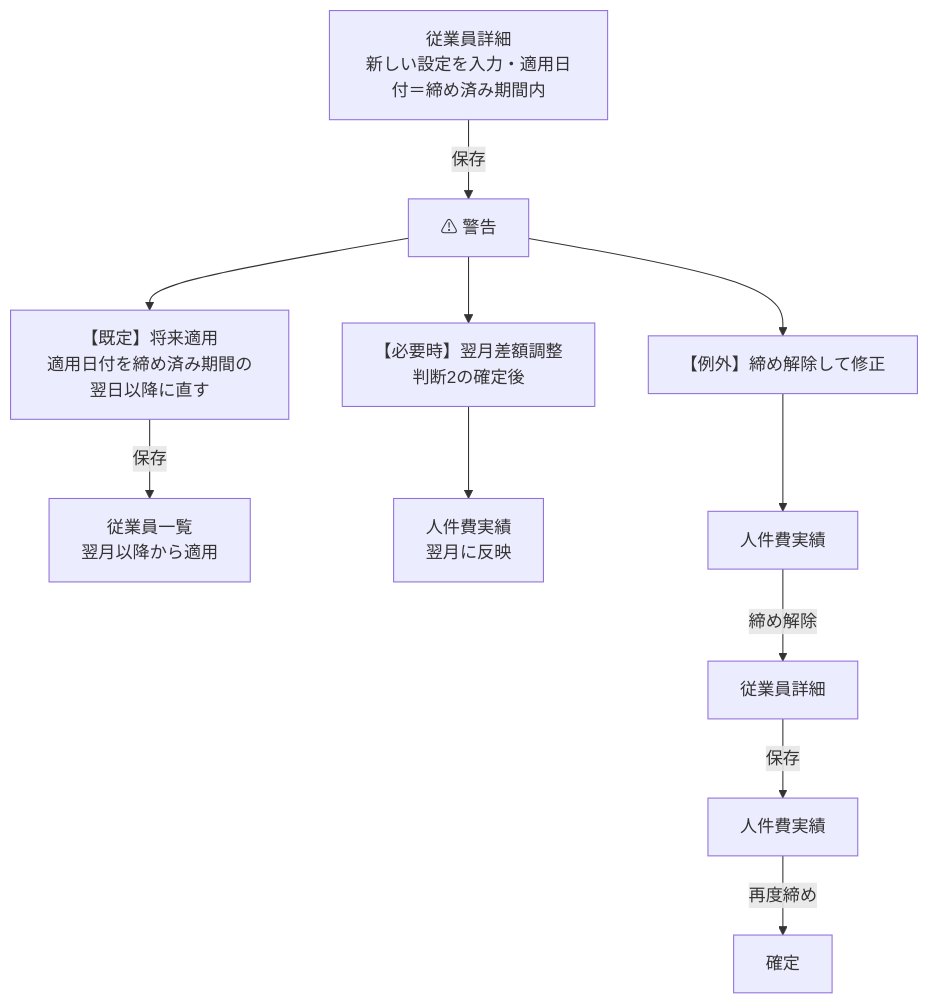
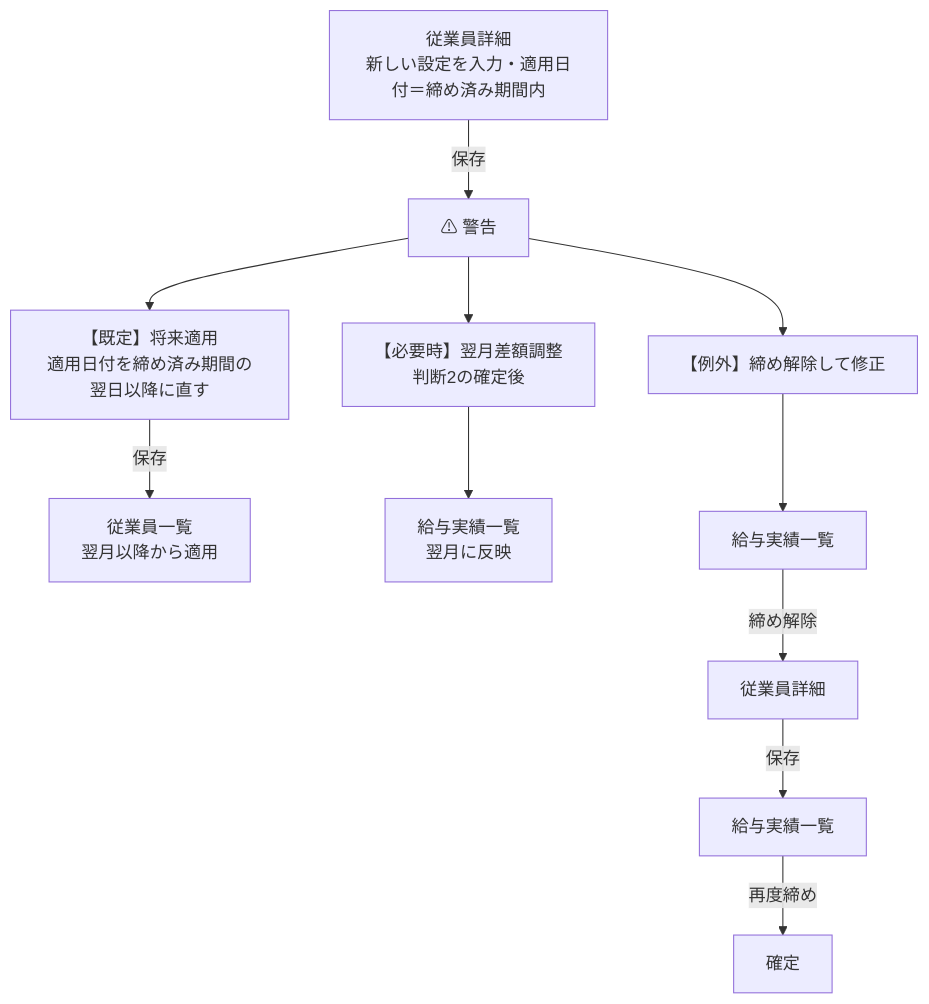
One commit to suguru789987/rakmy-employee-mgmt-spec changed the ninth of 15 diagrams in 20260803_01_従業員管理_仕様書_PdM版.md. Above: the diagram before and after it, drawn with Mermaid. The commit also changed other lines of this file and 18 other files, not shown here.

````diff
--- a/20260803_01_従業員管理_仕様書_PdM版.md
+++ b/20260803_01_従業員管理_仕様書_PdM版.md
@@ -457,16 +457,16 @@
 ```mermaid
 flowchart TB
   A["従業員詳細<br/>新しい設定を入力・適用日付＝締め済み期間内"] -->|"保存"| W["⚠ 警告"]
 
   W --> B["【既定】将来適用<br/>適用日付を締め済み期間の翌日以降に直す"]
   B -->|"保存"| B2["従業員一覧<br/>翌月以降から適用"]
 
   W --> C["【必要時】翌月差額調整<br/>判断2の確定後"]
-  C --> C2["人件費実績<br/>翌月に反映"]
+  C --> C2["給与実績一覧<br/>翌月に反映"]
 
   W --> D["【例外】締め解除して修正"]
-  D --> D1["人件費実績"]
+  D --> D1["給与実績一覧"]
   D1 -->|"締め解除"| D2["従業員詳細"]
-  D2 -->|"保存"| D3["人件費実績"]
+  D2 -->|"保存"| D3["給与実績一覧"]
   D3 -->|"再度締め"| D4["確定"]
 ```
````
